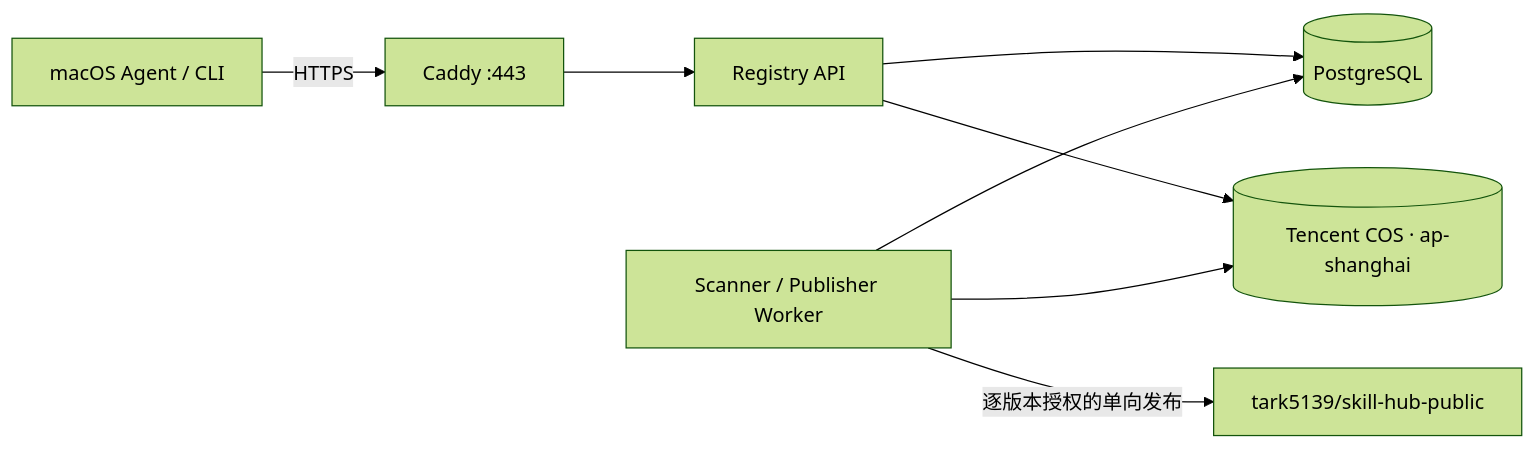
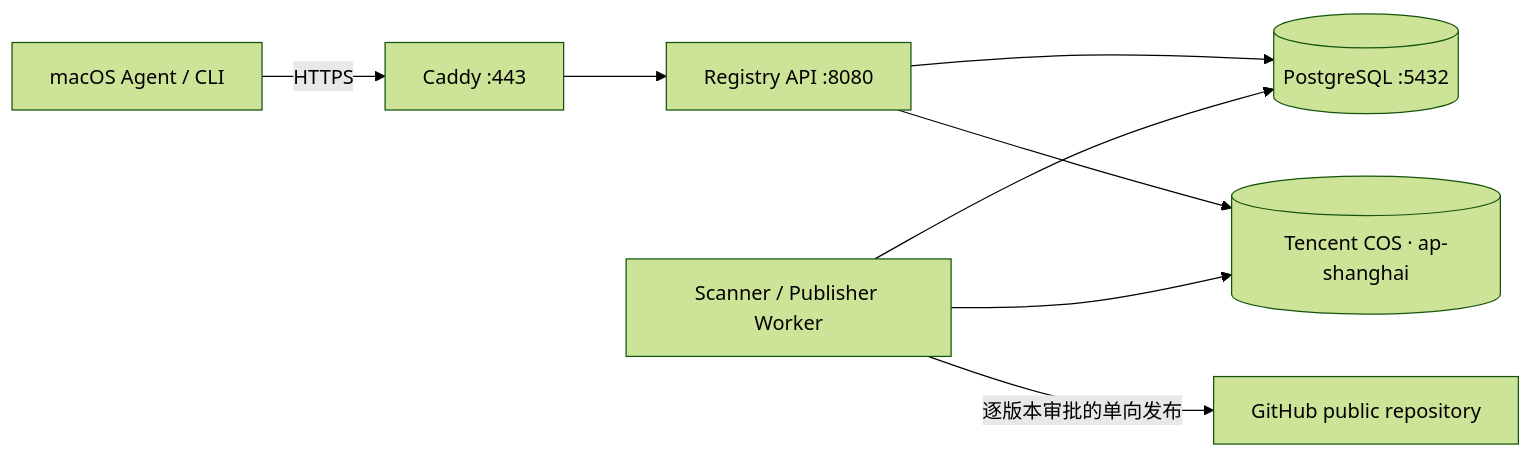
Before and after one commit to tark5139/skill-hub-public: the diagram in docs/deployment-tencent-shanghai-mvp.md, drawn with Mermaid (forest theme). The commit also changed other lines of this file and 24 other files, not shown here.

````diff
--- a/docs/deployment-tencent-shanghai-mvp.md
+++ b/docs/deployment-tencent-shanghai-mvp.md
@@ -13,10 +13,10 @@
 ```mermaid
 flowchart LR
     Agent["macOS Agent / CLI"] -->|HTTPS| Caddy["Caddy :443"]
-    Caddy --> API["Registry API"]
-    API --> PG[("PostgreSQL")]
+    Caddy --> API["Registry API :8080"]
+    API --> PG[("PostgreSQL :5432")]
     API --> COS[("Tencent COS · ap-shanghai")]
     Worker["Scanner / Publisher Worker"] --> PG
     Worker --> COS
-    Worker -->|"逐版本授权的单向发布"| GitHub["tark5139/skill-hub-public"]
+    Worker -->|"逐版本审批的单向发布"| GitHub["GitHub public repository"]
 ```
````
